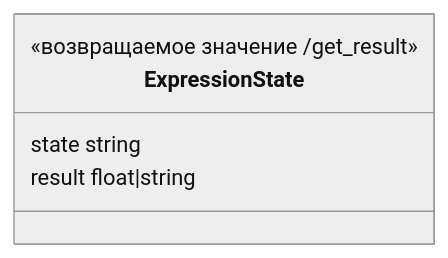
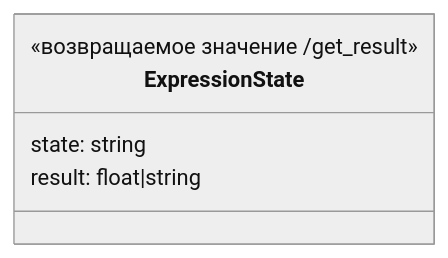
The fourth of 4 diagrams in README.md (XJIeI5/calculator), drawn with Mermaid (neutral theme) before and after one commit.

````diff
--- a/README.md
+++ b/README.md
@@ -198,8 +198,8 @@
 ```mermaid
 classDiagram
 class ExpressionState {
   <<возвращаемое значение /get_result>>
-  state string
-  result float|string
+  state:  string
+  result: float|string
 }
 ```
````
